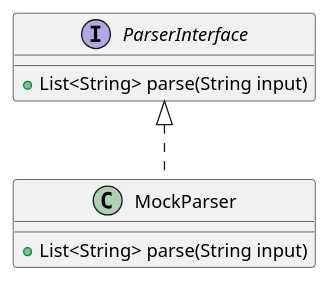
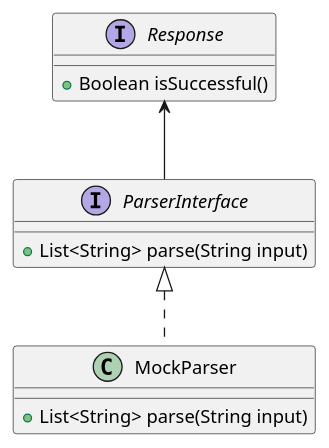
The diagram in src/main/java/parsers/ParserDiagram.puml (IngsisPrintScript/PrintScript), drawn with PlantUML before and after one commit.

Commit message:
Modified the parser diagram

```diff
--- a/src/main/java/parsers/ParserDiagram.puml
+++ b/src/main/java/parsers/ParserDiagram.puml
@@ -1,12 +1,17 @@
 @startuml
 'https://plantuml.com/class-diagram
 
+interface Response{
+    + Boolean isSuccessful()
+}
 interface ParserInterface{
     + List<String> parse(String input)
 }
 class MockParser{
     + List<String> parse(String input)
 }
+Response <-- ParserInterface
+
 ParserInterface <|.. MockParser
 
 @enduml
```
